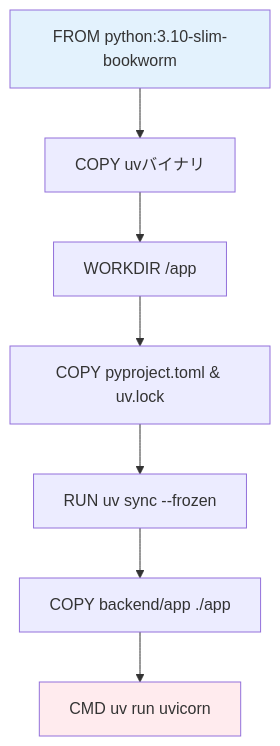
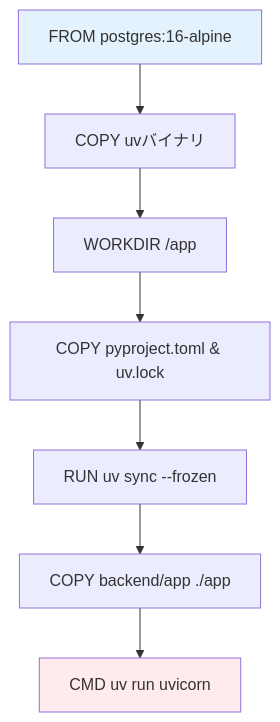
One commit to ss8806/Todos changed the fourth of 8 diagrams in .qoder/repowiki/ja/content/Dockerコンテナ化.md. Above: the diagram before and after it, drawn with Mermaid. The commit also changed other lines of this file and 6 other files, not shown here.

````diff
--- a/.qoder/repowiki/ja/content/Dockerコンテナ化.md
+++ b/.qoder/repowiki/ja/content/Dockerコンテナ化.md
@@ -156,11 +110,11 @@
 ```mermaid
 flowchart TD
-A["FROM python:3.10-slim-bookworm"] --> B["COPY uvバイナリ"]
+A["FROM postgres:16-alpine"] --> B["COPY uvバイナリ"]
 B --> C["WORKDIR /app"]
 C --> D["COPY pyproject.toml & uv.lock"]
 D --> E["RUN uv sync --frozen"]
 E --> F["COPY backend/app ./app"]
 F --> G["CMD uv run uvicorn"]
 style A fill:#e3f2fd
 style G fill:#ffebee
 ```
````
